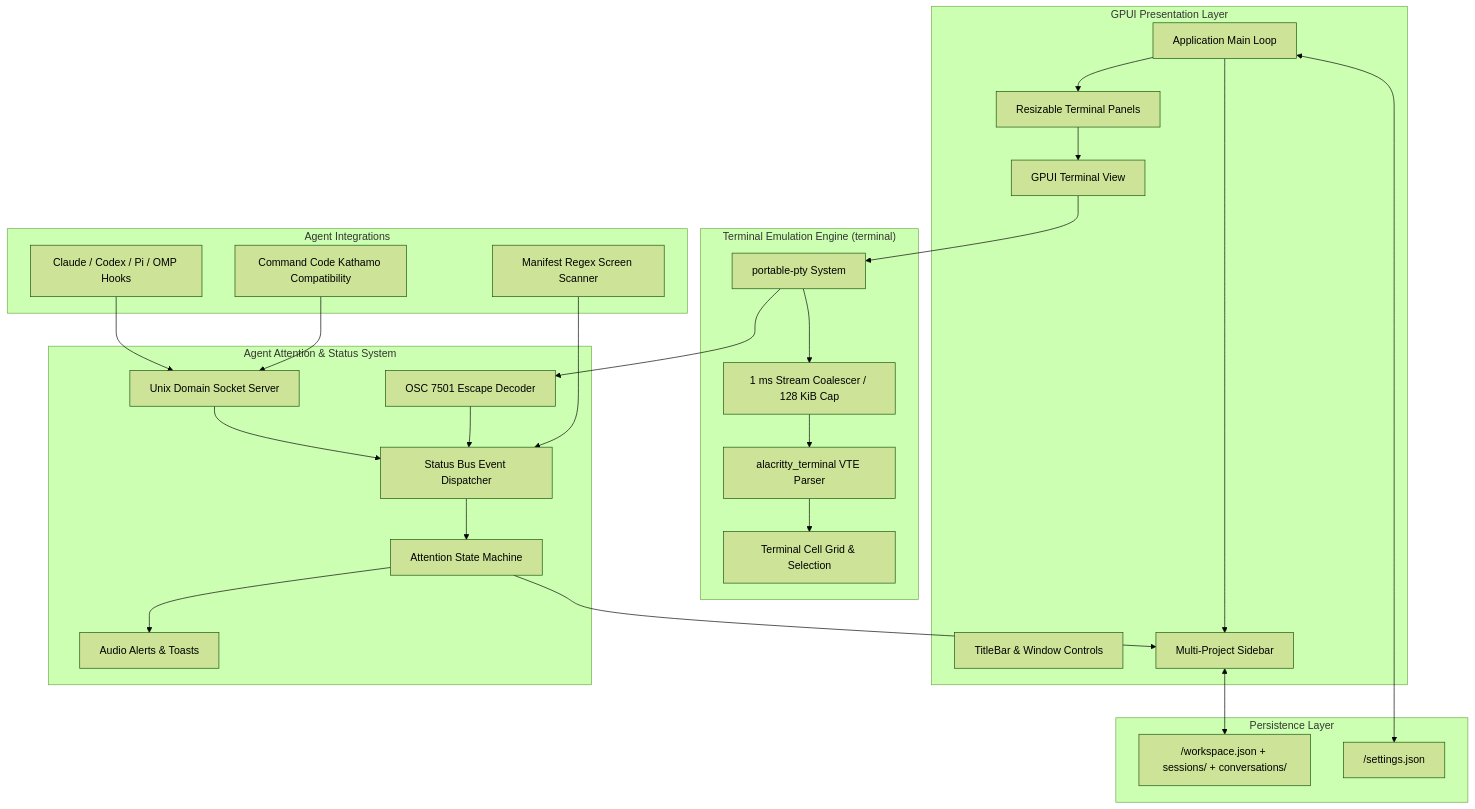
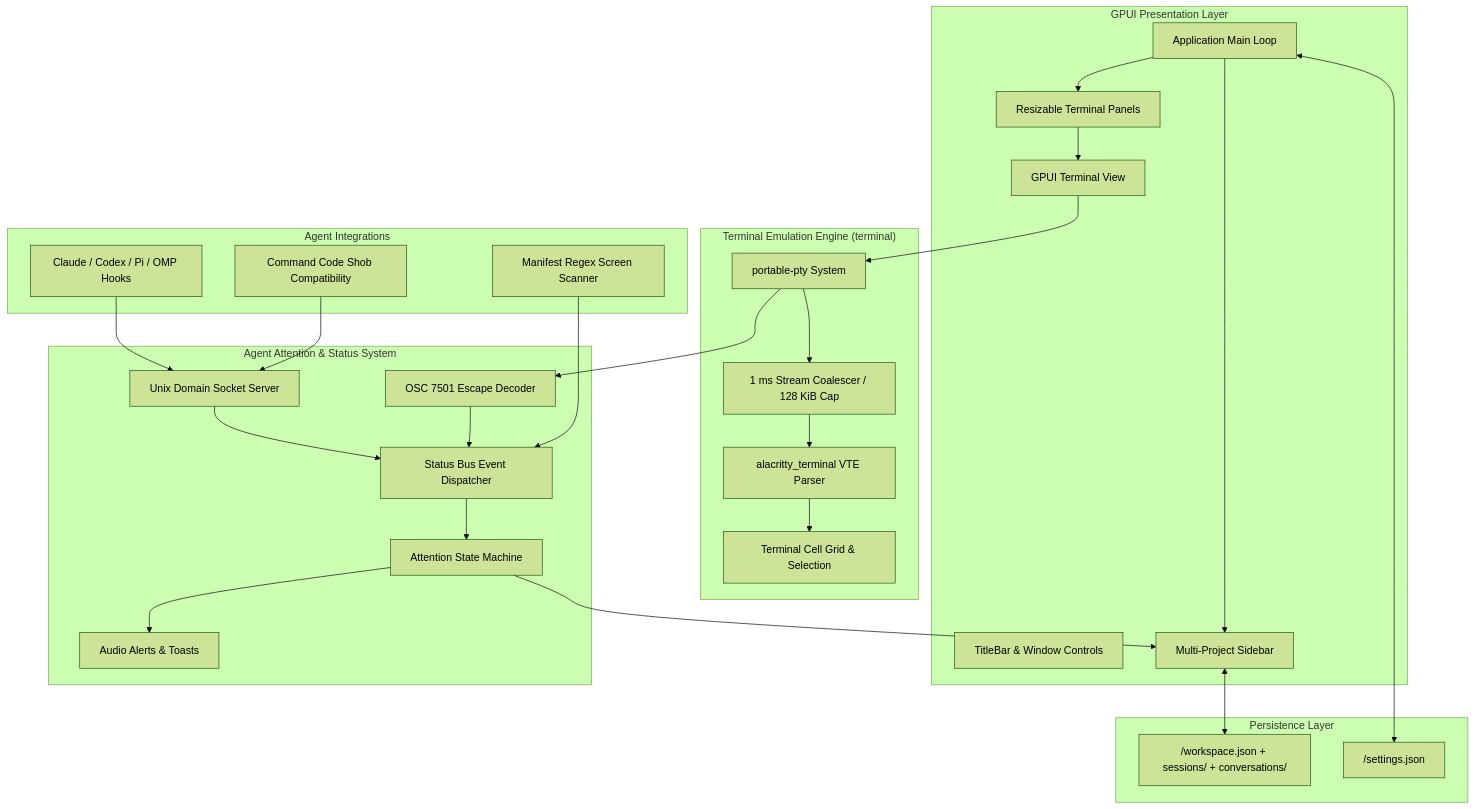
Before and after one commit to olovalabs/shob: the first of 2 diagrams in ARCHITECTURE.md, drawn with Mermaid (forest theme). The commit also changed other lines of this file and 70 other files, not shown here.

Commit message:
feat: rebrand Kathamo as Shob

````diff
--- a/ARCHITECTURE.md
+++ b/ARCHITECTURE.md
@@ -14,56 +14,56 @@
 ```mermaid
 graph TD
     subgraph UI ["GPUI Presentation Layer"]
         App[Application Main Loop]
         TitleBar[TitleBar & Window Controls]
         Sidebar[Multi-Project Sidebar]
         Panels[Resizable Terminal Panels]
         TerminalView[GPUI Terminal View]
     end
 
     subgraph Terminal ["Terminal Emulation Engine (terminal)"]
         PTY[portable-pty System]
         Coalescer[1 ms Stream Coalescer / 128 KiB Cap]
         VTE[alacritty_terminal VTE Parser]
         Grid[Terminal Cell Grid & Selection]
     end
 
     subgraph Attention ["Agent Attention & Status System"]
         Socket[Unix Domain Socket Server]
         OSC[OSC 7501 Escape Decoder]
         Bus[Status Bus Event Dispatcher]
         StateEngine[Attention State Machine]
         Sound[Audio Alerts & Toasts]
     end
 
     subgraph Integrations ["Agent Integrations"]
         Hooks[Claude / Codex / Pi / OMP Hooks]
-        KathamoCompat[Command Code Kathamo Compatibility]
+        ShobCompat[Command Code Shob Compatibility]
         ScreenDetect[Manifest Regex Screen Scanner]
     end
 
     subgraph Persistence ["Persistence Layer"]
         Disk["<data>/workspace.json + sessions/ + conversations/"]
         Settings["<config>/settings.json"]
     end
 
     App --> Sidebar
     App --> Panels
     Panels --> TerminalView
     TerminalView --> PTY
     PTY --> Coalescer
     Coalescer --> VTE
     VTE --> Grid
 
     Hooks --> Socket
-    KathamoCompat --> Socket
+    ShobCompat --> Socket
     PTY --> OSC
     Socket --> Bus
     OSC --> Bus
     ScreenDetect --> Bus
     Bus --> StateEngine
     StateEngine --> Sound
     StateEngine --> Sidebar
     Sidebar <--> Disk
     App <--> Settings
 ```
````
